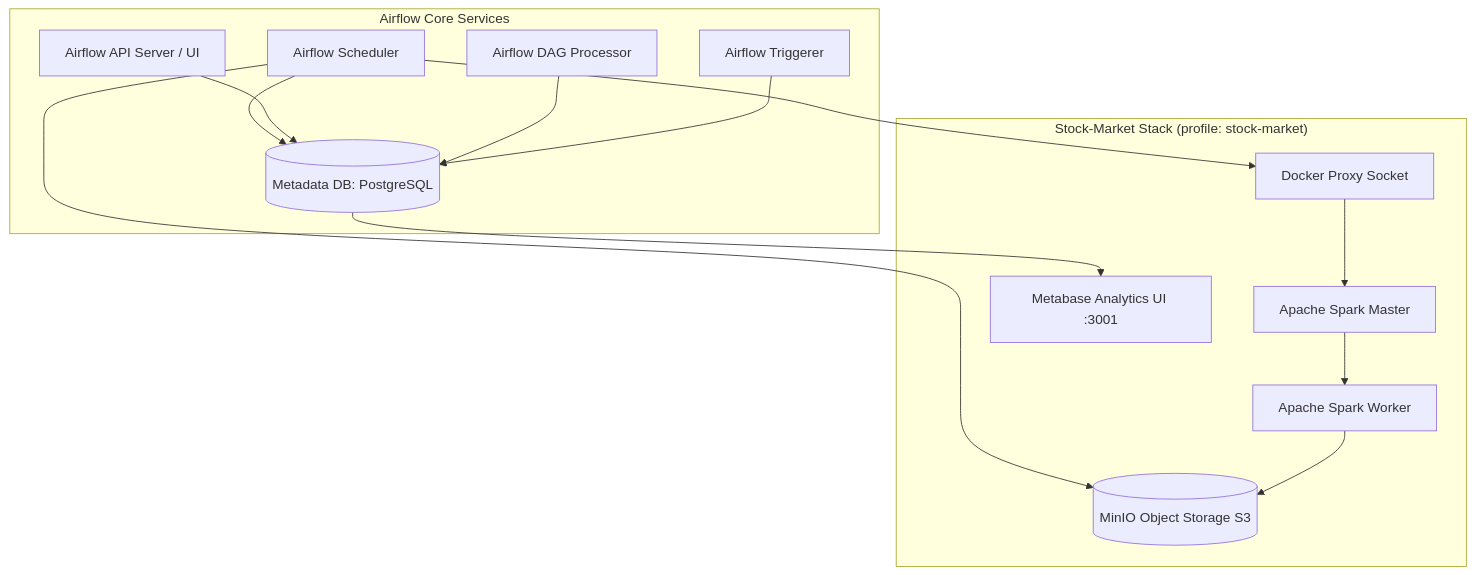
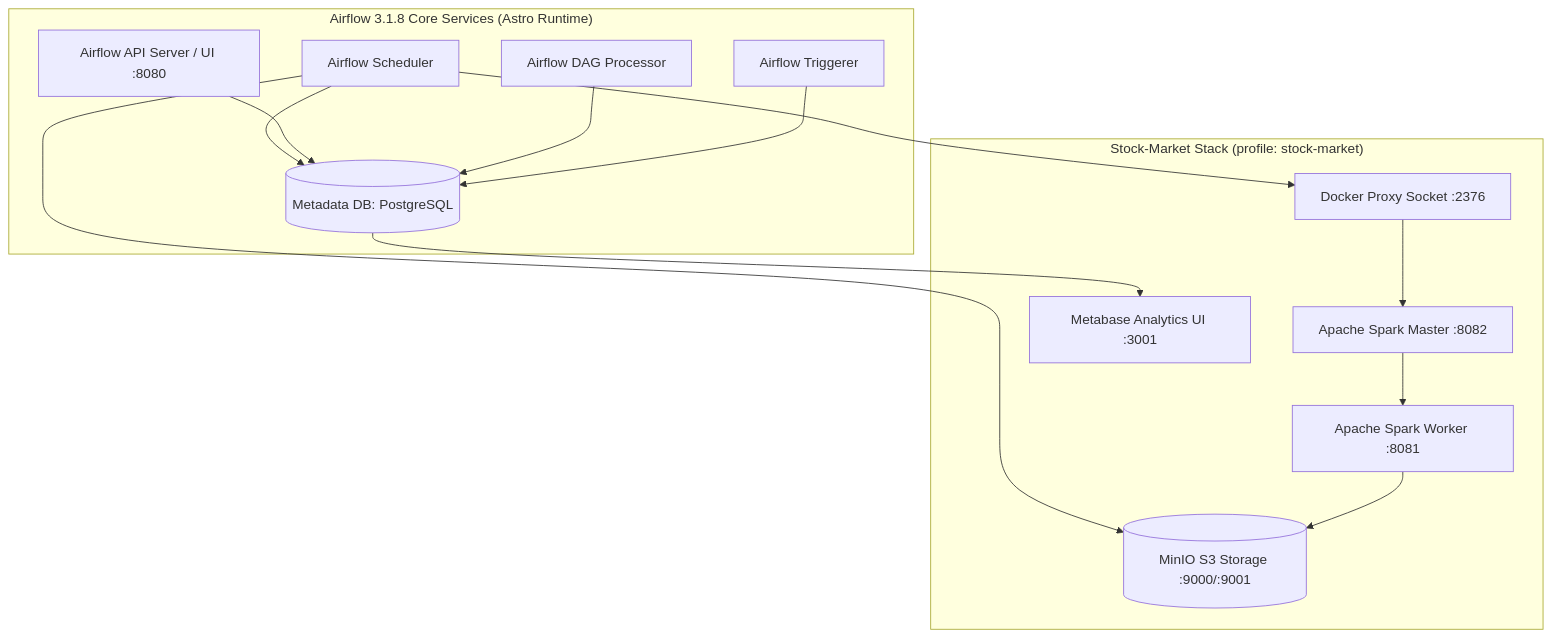
Before and after one commit to Sohila-Khaled-Abbas/apache-airflow-data-pipelines: the first of 3 diagrams in docs/architecture.md, drawn with Mermaid. The commit also changed other lines of this file and 27 other files, not shown here.

````diff
--- a/docs/architecture.md
+++ b/docs/architecture.md
@@ -11,29 +14,29 @@
 ```mermaid
 graph TB
-    subgraph Airflow Core Services
-        API[Airflow API Server / UI]
-        DP[Airflow DAG Processor]
-        SCH[Airflow Scheduler]
-        TRG[Airflow Triggerer]
-        DB[(Metadata DB: PostgreSQL)]
+    subgraph AirflowCore["Airflow 3.1.8 Core Services (Astro Runtime)"]
+        API["Airflow API Server / UI :8080"]
+        DP["Airflow DAG Processor"]
+        SCH["Airflow Scheduler"]
+        TRG["Airflow Triggerer"]
+        DB[("Metadata DB: PostgreSQL")]
     end
 
     subgraph OptionalStockMarketStack["Stock-Market Stack (profile: stock-market)"]
-        MINIO[(MinIO Object Storage S3)]
-        SPARK_M[Apache Spark Master]
-        SPARK_W[Apache Spark Worker]
-        DOCKER_P[Docker Proxy Socket]
-        BI[Metabase Analytics UI :3001]
+        MINIO[("MinIO S3 Storage :9000/:9001")]
+        SPARK_M["Apache Spark Master :8082"]
+        SPARK_W["Apache Spark Worker :8081"]
+        DOCKER_P["Docker Proxy Socket :2376"]
+        BI["Metabase Analytics UI :3001"]
     end
 
     SCH --> DB
     API --> DB
     DP --> DB
     TRG --> DB
     SCH --> MINIO
     SCH --> DOCKER_P
     DOCKER_P --> SPARK_M
     SPARK_M --> SPARK_W
     SPARK_W --> MINIO
     DB --> BI
 ```
````
